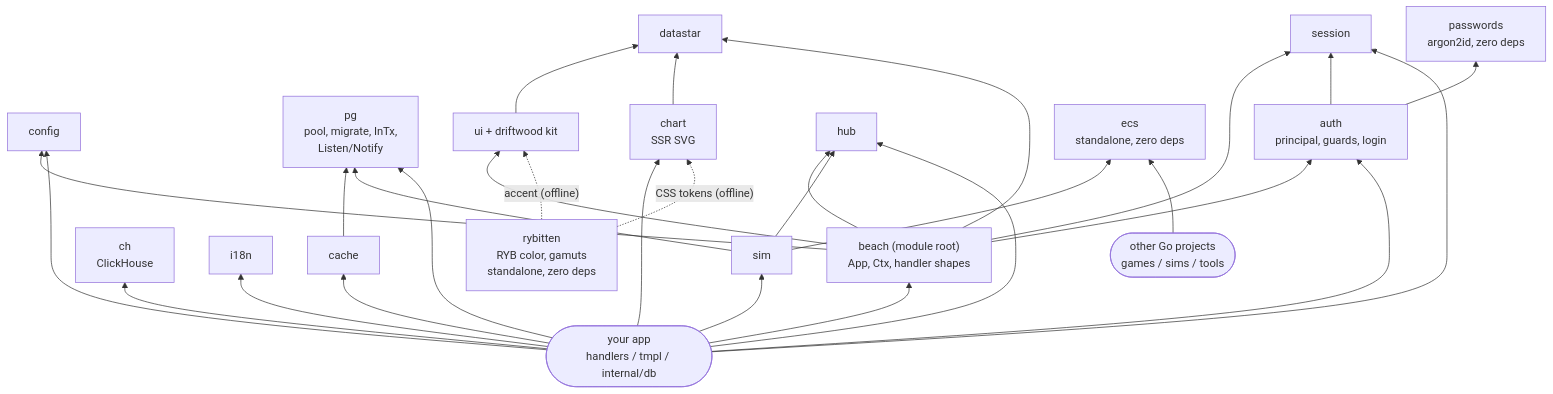
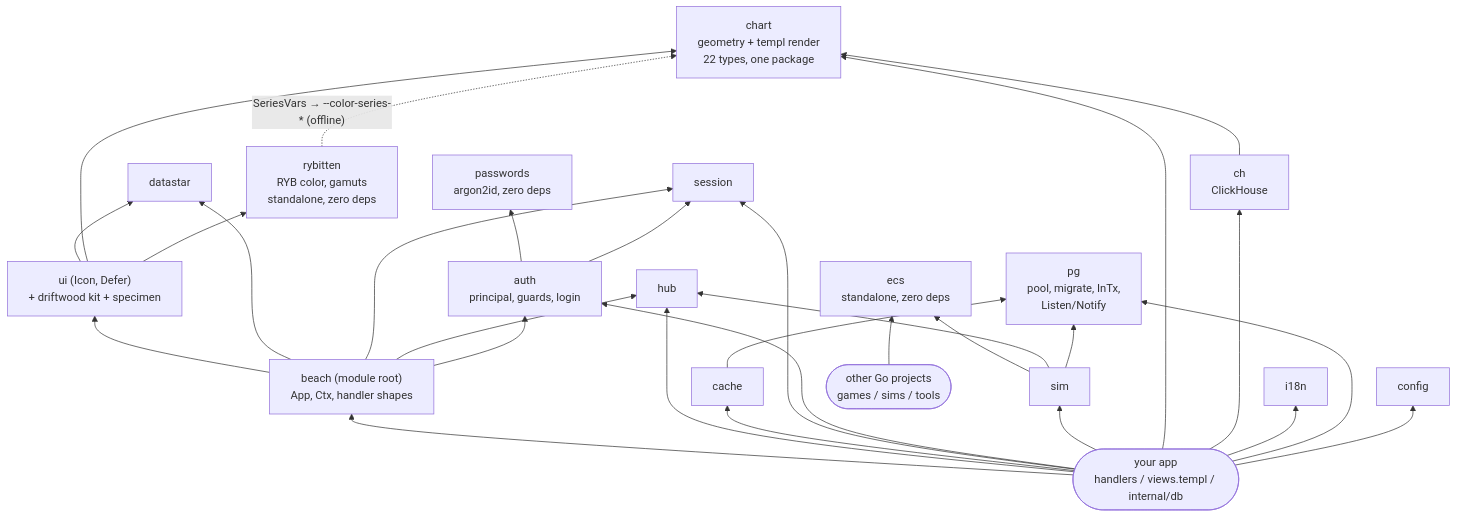
One commit to ThirdCoastInteractive/Beach changed the second of 2 diagrams in docs/README.md. Above: the diagram before and after it, drawn with Mermaid. The commit also changed other lines of this file and 18 other files, not shown here.

````diff
--- a/docs/README.md
+++ b/docs/README.md
@@ -49,50 +52,50 @@
 ```mermaid
 flowchart BT
     config["config"]
     pg["pg<br/>pool, migrate, InTx,<br/>Listen/Notify"]
     datastar["datastar"]
-    ui["ui + driftwood kit"]
-    chart["chart<br/>SSR SVG"]
+    ui["ui (Icon, Defer)<br/>+ driftwood kit + specimen"]
+    chart["chart<br/>geometry + templ render<br/>22 types, one package"]
     rybitten["rybitten<br/>RYB color, gamuts<br/>standalone, zero deps"]
     ch["ch<br/>ClickHouse"]
     i18n["i18n"]
     beach["beach (module root)<br/>App, Ctx, handler shapes"]
     hub["hub"]
     cache["cache"]
     session["session"]
     passwords["passwords<br/>argon2id, zero deps"]
     auth["auth<br/>principal, guards, login"]
     ecs["ecs<br/>standalone, zero deps"]
     sim["sim"]
-    app(["your app<br/>handlers / tmpl / internal/db"])
+    app(["your app<br/>handlers / views.templ / internal/db"])
     other(["other Go projects<br/>games / sims / tools"])
 
     ui --> datastar
-    chart --> datastar
+    ui --> chart
+    ui --> rybitten
+    ch --> chart
     beach --> ui
     beach --> datastar
-    beach --> config
     beach --> session
     beach --> hub
     beach --> auth
     auth --> passwords
     auth --> session
     cache --> pg
     sim --> ecs
     sim --> hub
     sim --> pg
     app --> beach
     app --> hub
     app --> cache
     app --> session
     app --> auth
     app --> sim
     app --> chart
     app --> ch
     app --> i18n
     app --> pg
     app --> config
     other --> ecs
-    rybitten -. "CSS tokens (offline)" .-> chart
-    rybitten -. "accent (offline)" .-> ui
+    rybitten -. "SeriesVars → --color-series-* (offline)" .-> chart
 ```
````
